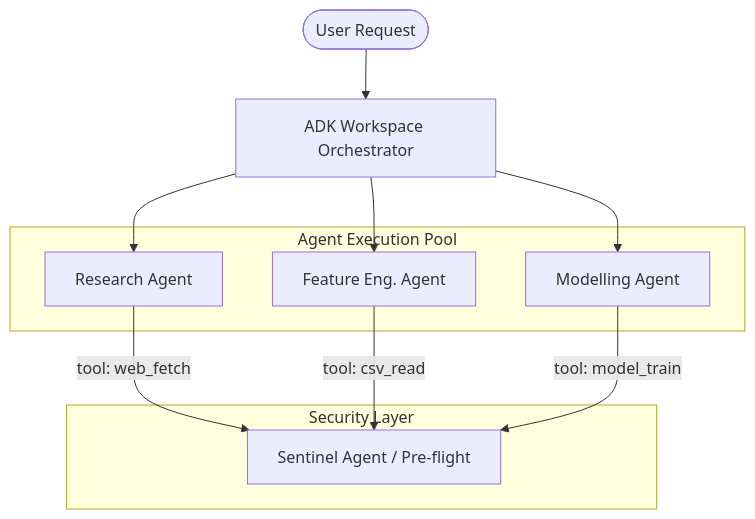
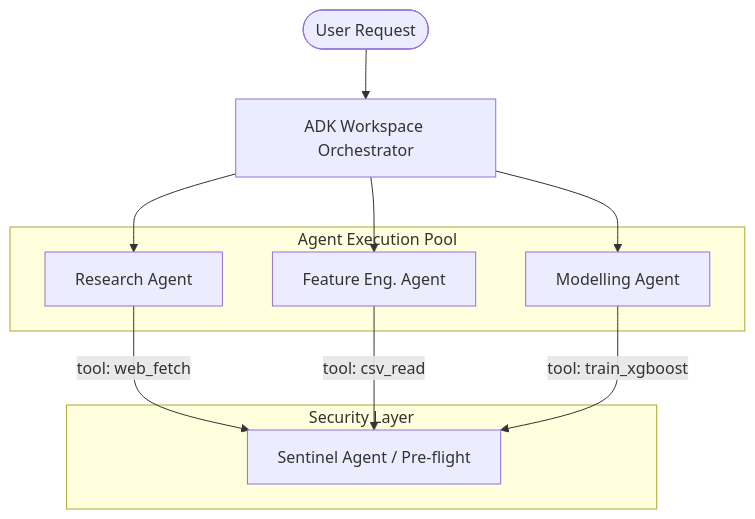
Before and after one commit to MichaelPaonam/sentinelds: the first of 2 diagrams in GEMINI.md, drawn with Mermaid. The commit also changed other lines of this file, not shown here.

````diff
--- a/GEMINI.md
+++ b/GEMINI.md
@@ -36,22 +36,22 @@
 ```mermaid
 graph TD
     User([User Request]) --> Orchestrator[ADK Workspace Orchestrator]
     
     subgraph Agents ["Agent Execution Pool"]
         A_Res[Research Agent]
         A_Feat[Feature Eng. Agent]
         A_Mod[Modelling Agent]
     end
 
     subgraph Supervisor ["Security Layer"]
         A_Sent[Sentinel Agent / Pre-flight]
     end
 
     Orchestrator --> A_Res
     Orchestrator --> A_Feat
     Orchestrator --> A_Mod
 
     A_Res -->|tool: web_fetch| A_Sent
     A_Feat -->|tool: csv_read| A_Sent
-    A_Mod -->|tool: model_train| A_Sent
+    A_Mod -->|tool: train_xgboost| A_Sent
 ```
````
